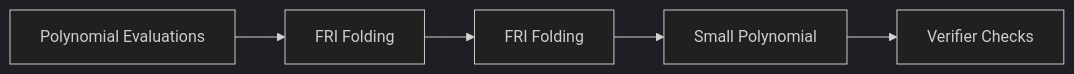
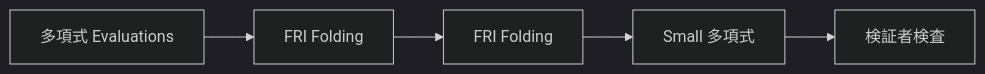
One commit to ShigeichiroYamasaki/creator-first-platform changed diagram 14 of 43 in docs/whitepaper/09-technology.md. Above: the diagram before and after it, drawn with Mermaid (dark theme). The commit also changed other lines of this file and 72 other files, not shown here.

````diff
--- a/docs/whitepaper/09-technology.md
+++ b/docs/whitepaper/09-technology.md
@@ -620,10 +620,10 @@
 ```mermaid
 flowchart LR
-    POLY[Polynomial Evaluations]
+    POLY[多項式 Evaluations]
     FOLD1[FRI Folding]
     FOLD2[FRI Folding]
-    SMALL[Small Polynomial]
-    CHECK[Verifier Checks]
+    SMALL[Small 多項式]
+    CHECK[検証者検査]
 
     POLY --> FOLD1 --> FOLD2 --> SMALL --> CHECK
 ```
````
